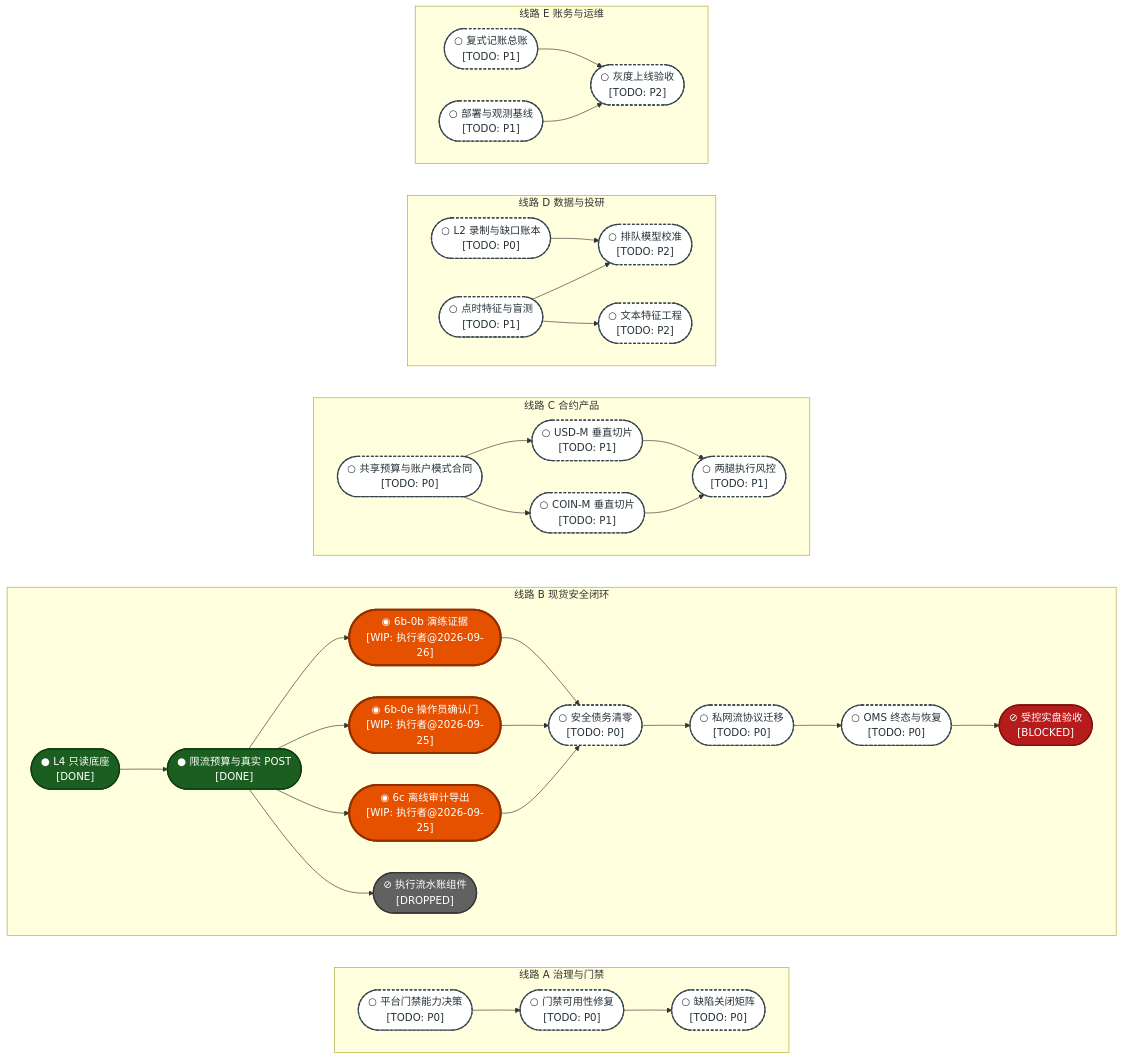
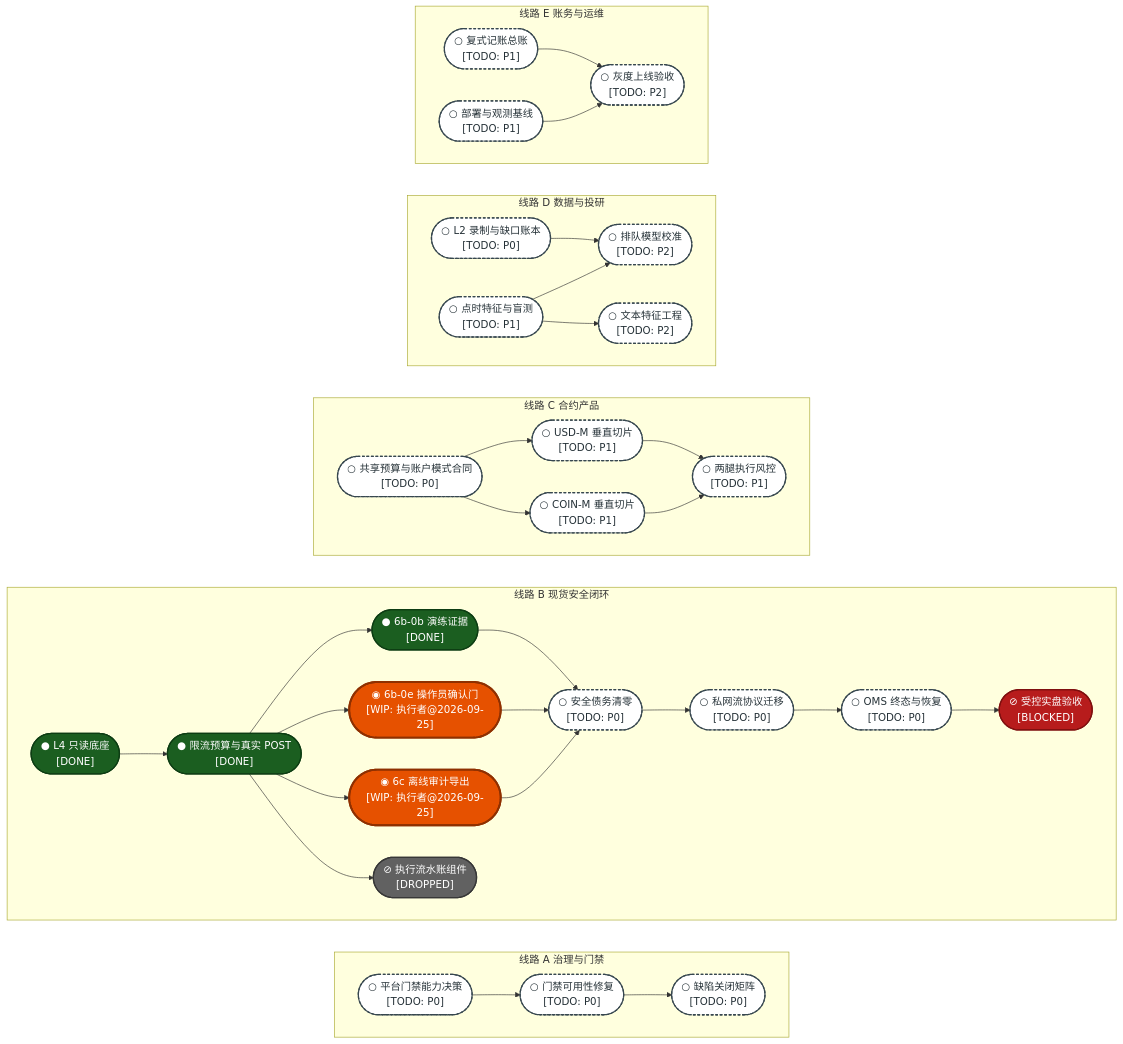
The first of 5 diagrams in docs/HengYuan_v2_全自动量化实盘系统实施指南与TODOLIST.md (EypeZeo/hengyuan_v2), drawn with Mermaid before and after one commit. The commit also changed other lines of this file and 3 other files, not shown here.

Commit message:
docs(l4): close 6b-0b roadmap after merge

````diff
--- a/docs/HengYuan_v2_全自动量化实盘系统实施指南与TODOLIST.md
+++ b/docs/HengYuan_v2_全自动量化实盘系统实施指南与TODOLIST.md
@@ -76,80 +76,81 @@
 ```mermaid
 graph LR
     classDef done fill:#1b5e20,stroke:#0d3d13,color:#ffffff,stroke-width:2px
     classDef wip fill:#e65100,stroke:#8f3000,color:#ffffff,stroke-width:3px
     classDef todo fill:#ffffff,stroke:#37474f,color:#263238,stroke-width:2px,stroke-dasharray:4 3
     classDef blocked fill:#b71c1c,stroke:#7f0f0f,color:#ffffff,stroke-width:2px
     classDef dropped fill:#616161,stroke:#373737,color:#ffffff,stroke-width:2px
 
     subgraph LA ["线路 A 治理与门禁"]
         direction LR
         A0(["○ 平台门禁能力决策<br/>[TODO: P0]"])
         A1(["○ 门禁可用性修复<br/>[TODO: P0]"])
         A2(["○ 缺陷关闭矩阵<br/>[TODO: P0]"])
         A0 --> A1
         A1 --> A2
     end
 
     subgraph LB ["线路 B 现货安全闭环"]
         direction LR
         B0(["● L4 只读底座<br/>[DONE]"])
         B1(["● 限流预算与真实 POST<br/>[DONE]"])
-        B2(["◉ 6b-0b 演练证据<br/>[WIP: 执行者@2026-09-26]"])
+        B2(["● 6b-0b 演练证据<br/>[DONE]"])
         B3(["◉ 6b-0e 操作员确认门<br/>[WIP: 执行者@2026-09-25]"])
         B4(["◉ 6c 离线审计导出<br/>[WIP: 执行者@2026-09-25]"])
         B5(["○ 安全债务清零<br/>[TODO: P0]"])
         B6(["○ 私网流协议迁移<br/>[TODO: P0]"])
         B7(["○ OMS 终态与恢复<br/>[TODO: P0]"])
         B8(["⊘ 受控实盘验收<br/>[BLOCKED]"])
         BD(["⊘ 执行流水账组件<br/>[DROPPED]"])
         B0 --> B1
         B1 --> B2
         B1 --> B3
         B1 --> B4
         B1 --> BD
         B2 --> B5
         B3 --> B5
         B4 --> B5
         B5 --> B6
         B6 --> B7
         B7 --> B8
     end
 
     subgraph LC ["线路 C 合约产品"]
         direction LR
         C0(["○ 共享预算与账户模式合同<br/>[TODO: P0]"])
         C1(["○ USD-M 垂直切片<br/>[TODO: P1]"])
         C2(["○ COIN-M 垂直切片<br/>[TODO: P1]"])
         C3(["○ 两腿执行风控<br/>[TODO: P1]"])
         C0 --> C1
         C0 --> C2
         C1 --> C3
         C2 --> C3
     end
 
     subgraph LD ["线路 D 数据与投研"]
         direction LR
         D0(["○ L2 录制与缺口账本<br/>[TODO: P0]"])
         D1(["○ 点时特征与盲测<br/>[TODO: P1]"])
         D2(["○ 排队模型校准<br/>[TODO: P2]"])
         D3(["○ 文本特征工程<br/>[TODO: P2]"])
         D0 --> D2
         D1 --> D2
         D1 --> D3
     end
 
     subgraph LE ["线路 E 账务与运维"]
         direction LR
         E0(["○ 复式记账总账<br/>[TODO: P1]"])
         E1(["○ 部署与观测基线<br/>[TODO: P1]"])
         E2(["○ 灰度上线验收<br/>[TODO: P2]"])
         E0 --> E2
         E1 --> E2
     end
 
     class B0,B1 done
-    class B2,B3,B4 wip
+    class B2 done
+    class B3,B4 wip
     class A0,A1,A2,B5,B6,B7,C0,C1,C2,C3,D0,D1,D2,D3,E0,E1,E2 todo
     class B8 blocked
     class BD dropped
 ```
````
